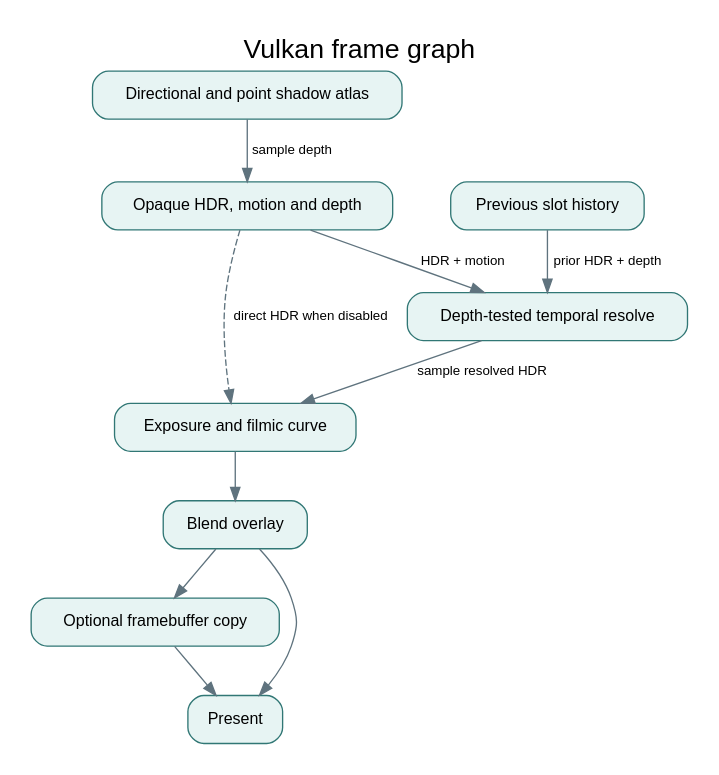
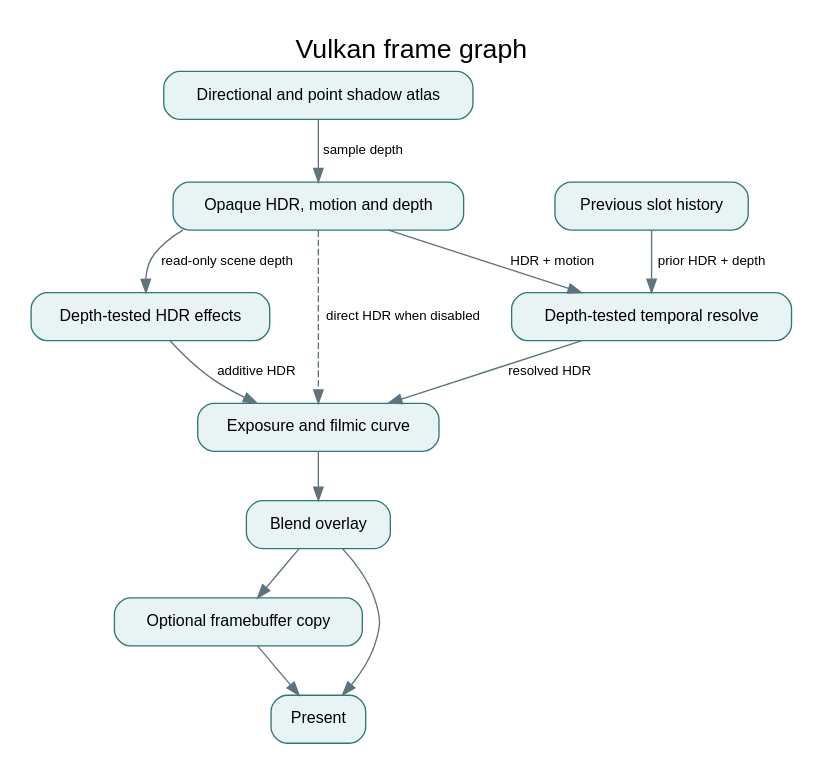
Before and after one commit to Aneesh495/emberfall: the diagram in docs/diagrams/render.dot, drawn with Graphviz. The commit also changed 31 other files, not shown here.

```diff
--- a/docs/diagrams/render.dot
+++ b/docs/diagrams/render.dot
@@ -1,21 +1,24 @@
 digraph Emberfall {
   graph [rankdir=TB, bgcolor="#ffffff", pad=0.22, labelloc=t, fontname="Helvetica", fontsize=20, label="Vulkan frame graph"];
   node [shape=box, style="rounded,filled", fillcolor="#e7f4f3", color="#317775", fontname="Helvetica", fontsize=12, margin="0.18,0.11"];
   edge [color="#5f737e", fontname="Helvetica", fontsize=10];
 
  depth [label="Directional and point shadow atlas"]
  scene [label="Opaque HDR, motion and depth"]
  history [label="Previous slot history"]
  temporal [label="Depth-tested temporal resolve"]
+ effects [label="Depth-tested HDR effects"]
  map [label="Exposure and filmic curve"]
  ui [label="Blend overlay"]
  read [label="Optional framebuffer copy"]
  present [label="Present"]
  depth -> scene [label="sample depth"]
  scene -> temporal [label="HDR + motion"]
  history -> temporal [label="prior HDR + depth"]
- temporal -> map [label="sample resolved HDR"]
+ temporal -> map [label="resolved HDR"]
+ scene -> effects [label="read-only scene depth"]
+ effects -> map [label="additive HDR"]
  scene -> map [label="direct HDR when disabled", style=dashed]
  map -> ui -> present
  ui -> read -> present
  }
```
